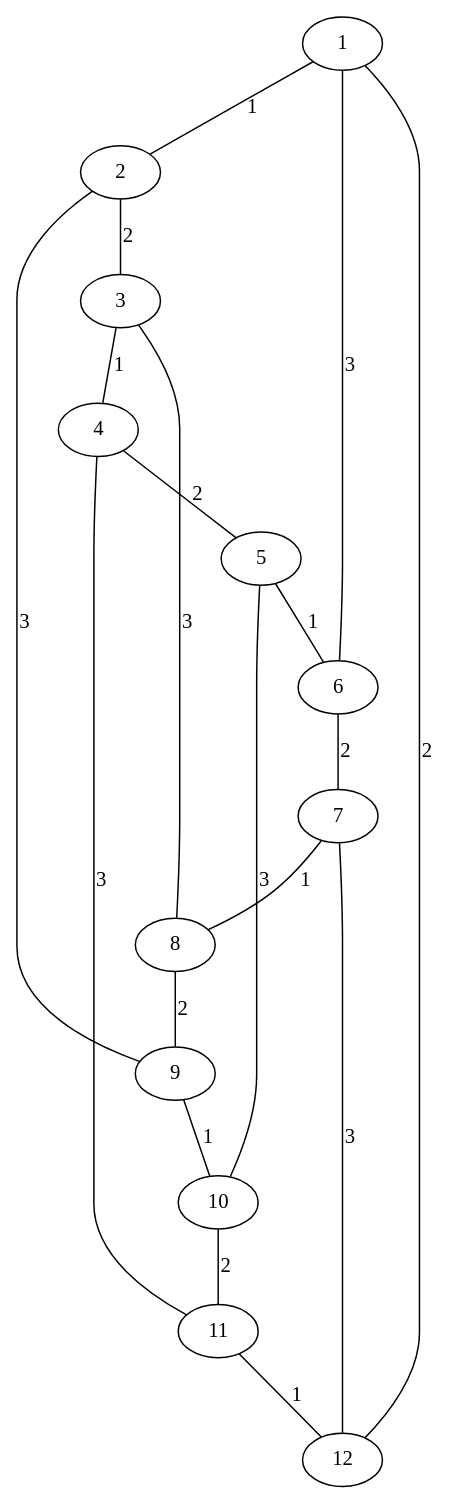
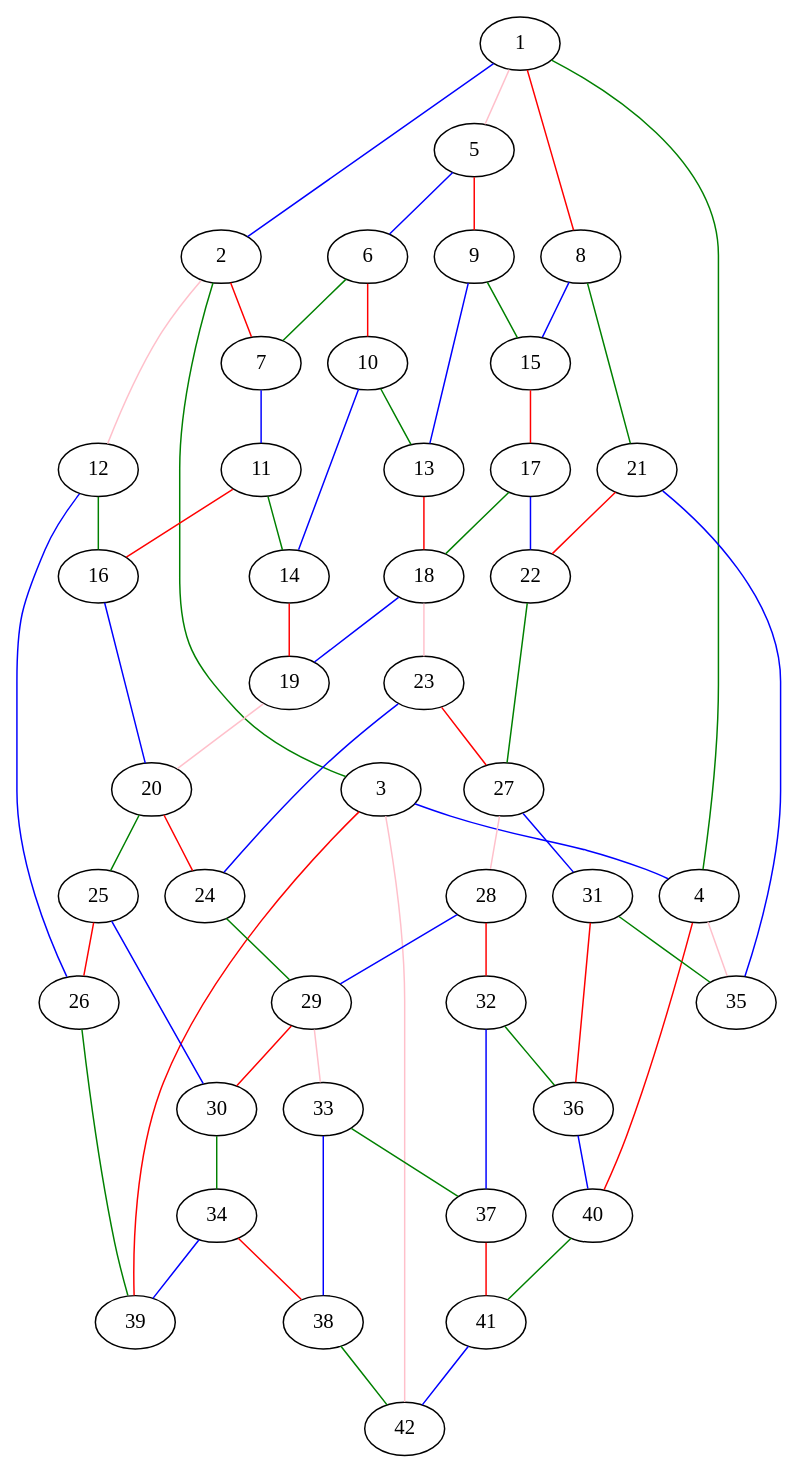
One commit to andj97/Minimalno_bojenje_grana_grafa changed the diagram in solution.gv. Above: the diagram before and after it, drawn with Graphviz. The commit also changed 4 other files, not shown here.

```diff
--- a/solution.gv
+++ b/solution.gv
@@ -1,20 +1,69 @@
 graph G {
-	1 -- 2 [label=1]
-	2 -- 3 [label=2]
-	3 -- 4 [label=1]
-	4 -- 5 [label=2]
-	5 -- 6 [label=1]
-	6 -- 7 [label=2]
-	7 -- 8 [label=1]
-	8 -- 9 [label=2]
-	9 -- 10 [label=1]
-	10 -- 11 [label=2]
-	11 -- 12 [label=1]
-	12 -- 1 [label=2]
-	1 -- 6 [label=3]
-	2 -- 9 [label=3]
-	3 -- 8 [label=3]
-	4 -- 11 [label=3]
-	5 -- 10 [label=3]
-	7 -- 12 [label=3]
+	1 -- 2 [color=blue]
+	2 -- 3 [color=green]
+	3 -- 4 [color=blue]
+	1 -- 4 [color=green]
+	1 -- 8 [color=red]
+	1 -- 5 [color=pink]
+	2 -- 7 [color=red]
+	2 -- 12 [color=pink]
+	3 -- 39 [color=red]
+	3 -- 42 [color=pink]
+	4 -- 40 [color=red]
+	4 -- 35 [color=pink]
+	5 -- 6 [color=blue]
+	6 -- 7 [color=green]
+	12 -- 26 [color=blue]
+	26 -- 39 [color=green]
+	41 -- 42 [color=blue]
+	40 -- 41 [color=green]
+	21 -- 35 [color=blue]
+	8 -- 21 [color=green]
+	8 -- 15 [color=blue]
+	5 -- 9 [color=red]
+	7 -- 11 [color=blue]
+	12 -- 16 [color=green]
+	34 -- 39 [color=blue]
+	38 -- 42 [color=green]
+	36 -- 40 [color=blue]
+	31 -- 35 [color=green]
+	6 -- 10 [color=red]
+	25 -- 26 [color=red]
+	37 -- 41 [color=red]
+	21 -- 22 [color=red]
+	17 -- 22 [color=blue]
+	9 -- 15 [color=green]
+	9 -- 13 [color=blue]
+	10 -- 13 [color=green]
+	10 -- 14 [color=blue]
+	11 -- 14 [color=green]
+	11 -- 16 [color=red]
+	16 -- 20 [color=blue]
+	20 -- 25 [color=green]
+	25 -- 30 [color=blue]
+	30 -- 34 [color=green]
+	34 -- 38 [color=red]
+	33 -- 38 [color=blue]
+	33 -- 37 [color=green]
+	32 -- 37 [color=blue]
+	32 -- 36 [color=green]
+	31 -- 36 [color=red]
+	27 -- 31 [color=blue]
+	22 -- 27 [color=green]
+	15 -- 17 [color=red]
+	17 -- 18 [color=green]
+	13 -- 18 [color=red]
+	14 -- 19 [color=red]
+	18 -- 19 [color=blue]
+	19 -- 20 [color=pink]
+	18 -- 23 [color=pink]
+	20 -- 24 [color=red]
+	23 -- 27 [color=red]
+	23 -- 24 [color=blue]
+	27 -- 28 [color=pink]
+	28 -- 29 [color=blue]
+	24 -- 29 [color=green]
+	29 -- 30 [color=red]
+	28 -- 32 [color=red]
+	29 -- 33 [color=pink]
 }
```
